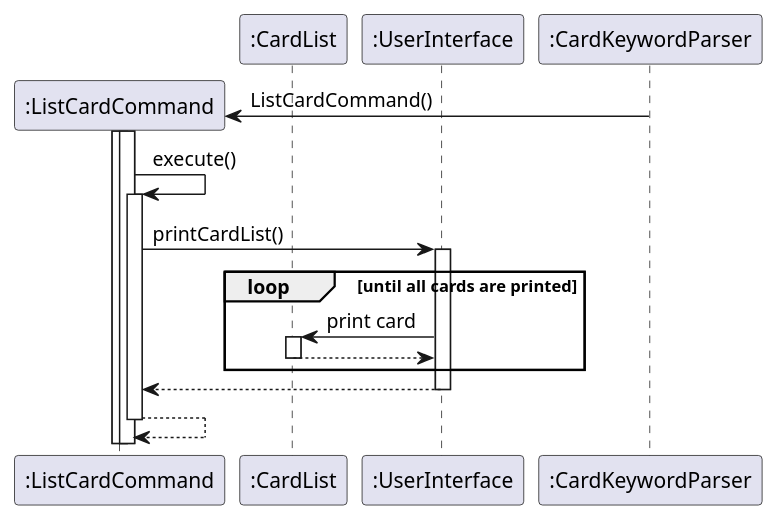
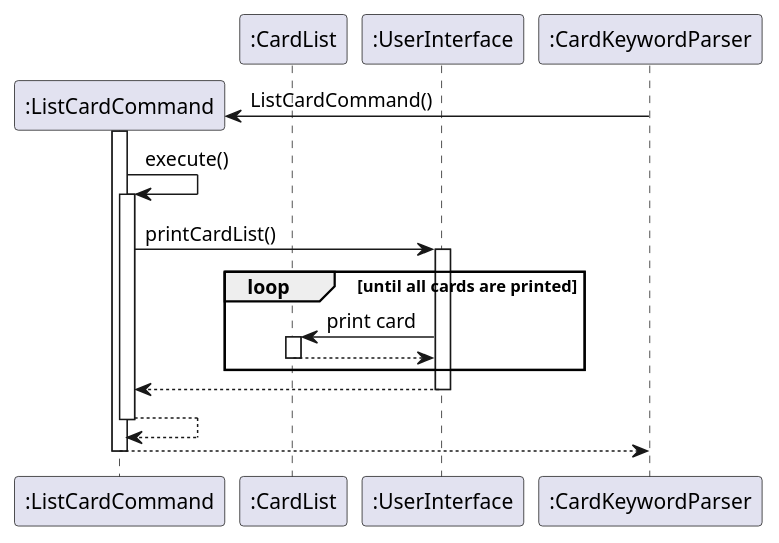
The diagram in docs/uml/CardListSequence.puml (nus-cs2113-AY2223S2/tp), drawn with PlantUML before and after one commit. The commit also changed 1 other file, not shown here.

Commit message:
CardAddSequence

```diff
--- a/docs/uml/CardListSequence.puml
+++ b/docs/uml/CardListSequence.puml
@@ -1,26 +1,28 @@
 @startuml CardListSequence
 
 autoactivate on
 
 participant ":ListCardCommand" as ListCardCommand
 participant ":CardList" as CardList
 participant ":UserInterface" as UserInterface
 participant ":CardKeywordParser" as CardKeywordParser
 
 
 Create ListCardCommand
 CardKeywordParser -> ListCardCommand : ListCardCommand()
-activate ListCardCommand
 
 ListCardCommand -> ListCardCommand : execute()
 ListCardCommand -> UserInterface : printCardList()
 
 loop until all cards are printed
   UserInterface -> CardList : print card
   return
 end loop
 
 return
 
 return
+
+return
+
 @enduml
```
